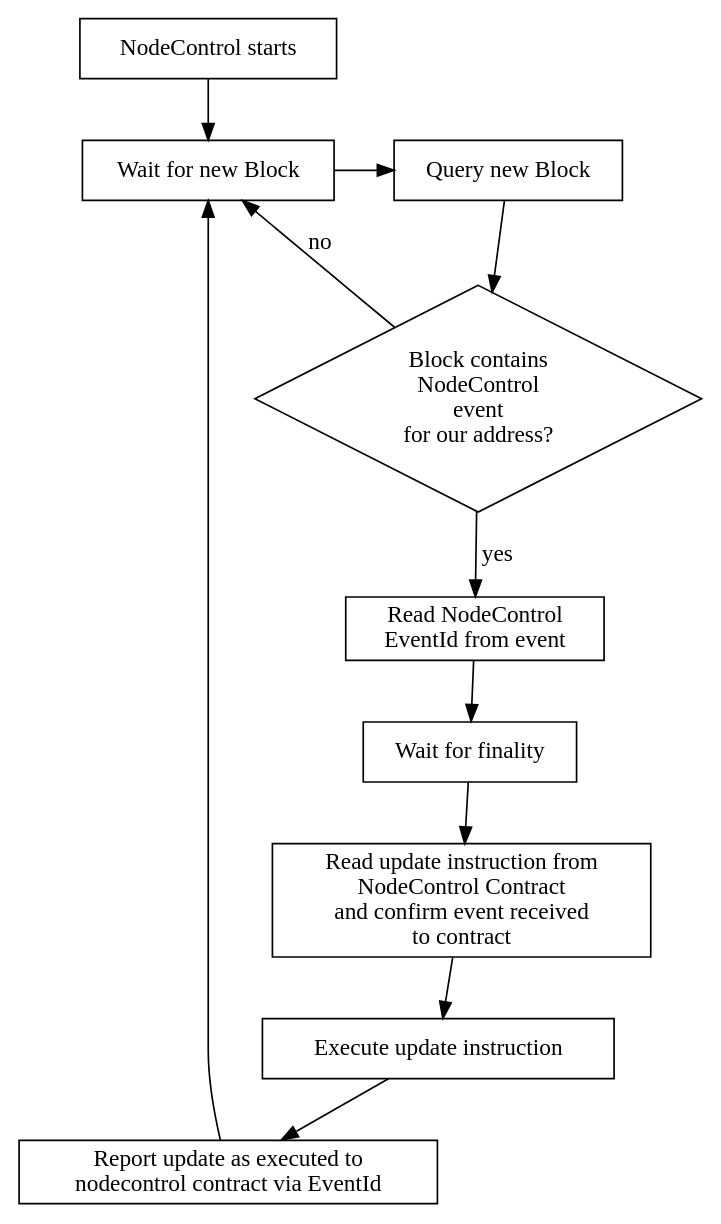
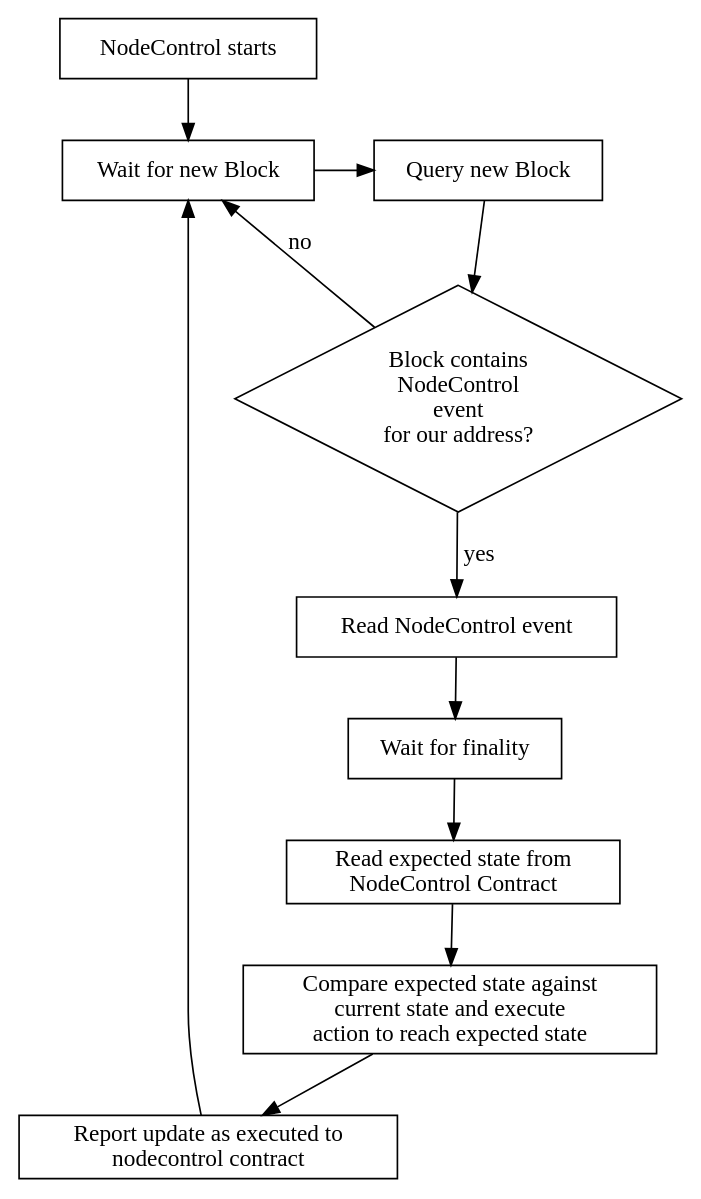
The diagram in diagrams/nodecontrol.dot (energywebfoundation/system-design-spec-live), drawn with Graphviz before and after one commit. The commit also changed 5 other files, not shown here.

```diff
--- a/diagrams/nodecontrol.dot
+++ b/diagrams/nodecontrol.dot
@@ -1,24 +1,24 @@
 digraph {
     
     start [shape=box,label="NodeControl starts"]
     listen [shape=box,label="Wait for new Block"]
 
     check [shape=box,label="Query new Block"]
 
     hasevent [shape=diamond, label="Block contains\nNodeControl\n event\nfor our address?"]
-    geteventid [shape=box, label="Read NodeControl\nEventId from event"]
+    geteventid [shape=box, label="Read NodeControl event"]
     waitfinal [shape=box, label="Wait for finality"]
-    readinstruction [shape=box, label="Read update instruction from\nNodeControl Contract\nand confirm event received\nto contract"]
-    execute [shape=box, label="Execute update instruction"]
-    reportdone [shape=box, label="Report update as executed to\nnodecontrol contract via EventId"]
+    readinstruction [shape=box, label="Read expected state from\nNodeControl Contract"]
+    execute [shape=box, label="Compare expected state against\ncurrent state and execute\naction to reach expected state"]
+    reportdone [shape=box, label="Report update as executed to\nnodecontrol contract"]
 
     start -> listen -> check -> hasevent
     hasevent -> listen [label="no"]
     hasevent -> geteventid [label="yes"]
 
     geteventid -> waitfinal -> readinstruction -> execute -> reportdone -> listen
     
 
     {rank=same;listen check}
 
 }
```
